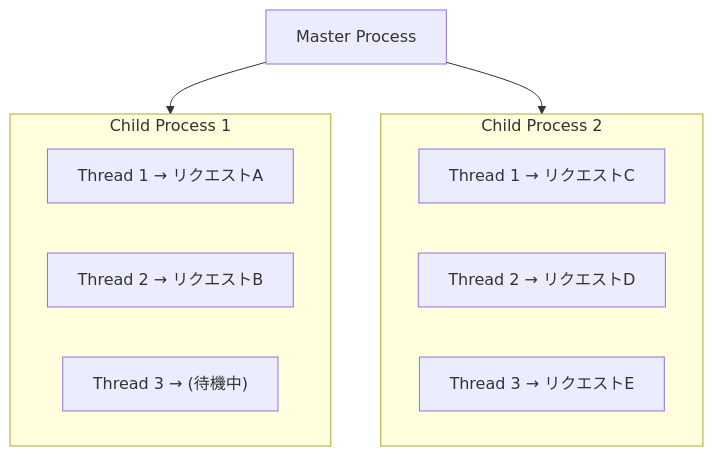
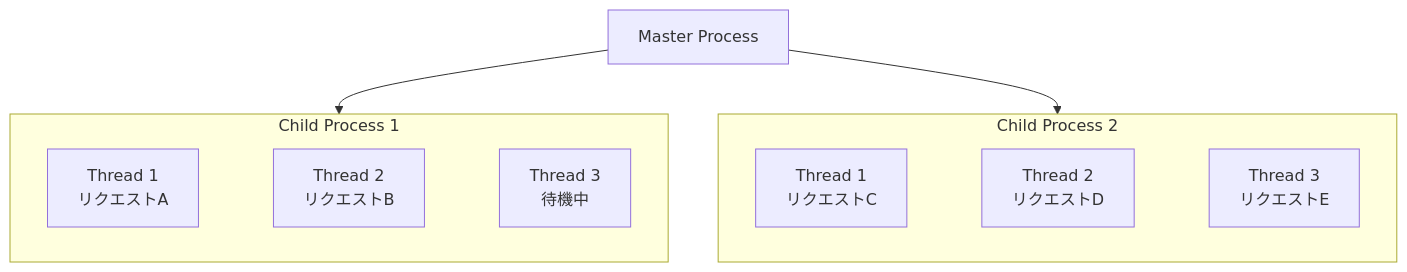
Before and after one commit to ryotaro-boost/web-engineer-knowledge-layers: the fourth of 14 diagrams in details/Webサーバーとランタイムのリクエスト処理モデル.md, drawn with Mermaid. The commit also changed other lines of this file, not shown here.

First line of the commit message:
Mermaid図のテキスト重なりを修正

````diff
--- a/details/Webサーバーとランタイムのリクエスト処理モデル.md
+++ b/details/Webサーバーとランタイムのリクエスト処理モデル.md
@@ -101,16 +102,14 @@
 ```mermaid
 graph TD
     Master["Master Process"]
+    Master --> CP1
+    Master --> CP2
     subgraph CP1["Child Process 1"]
-        T1_1["Thread 1 → リクエストA"]
-        T1_2["Thread 2 → リクエストB"]
-        T1_3["Thread 3 → (待機中)"]
+        direction LR
+        T1_1["Thread 1<br>リクエストA"] ~~~ T1_2["Thread 2<br>リクエストB"] ~~~ T1_3["Thread 3<br>待機中"]
     end
     subgraph CP2["Child Process 2"]
-        T2_1["Thread 1 → リクエストC"]
-        T2_2["Thread 2 → リクエストD"]
-        T2_3["Thread 3 → リクエストE"]
+        direction LR
+        T2_1["Thread 1<br>リクエストC"] ~~~ T2_2["Thread 2<br>リクエストD"] ~~~ T2_3["Thread 3<br>リクエストE"]
     end
-    Master --> CP1
-    Master --> CP2
 ```
````
